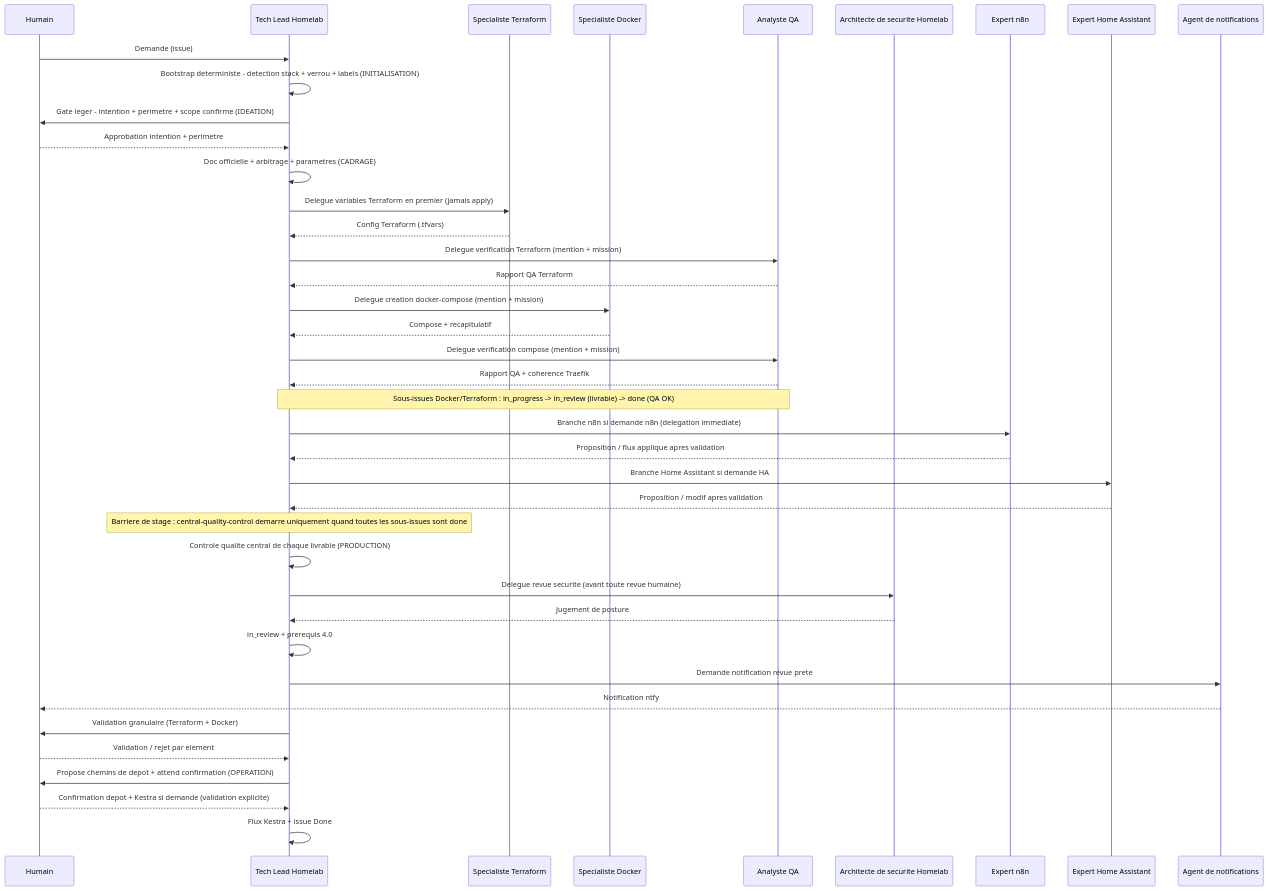
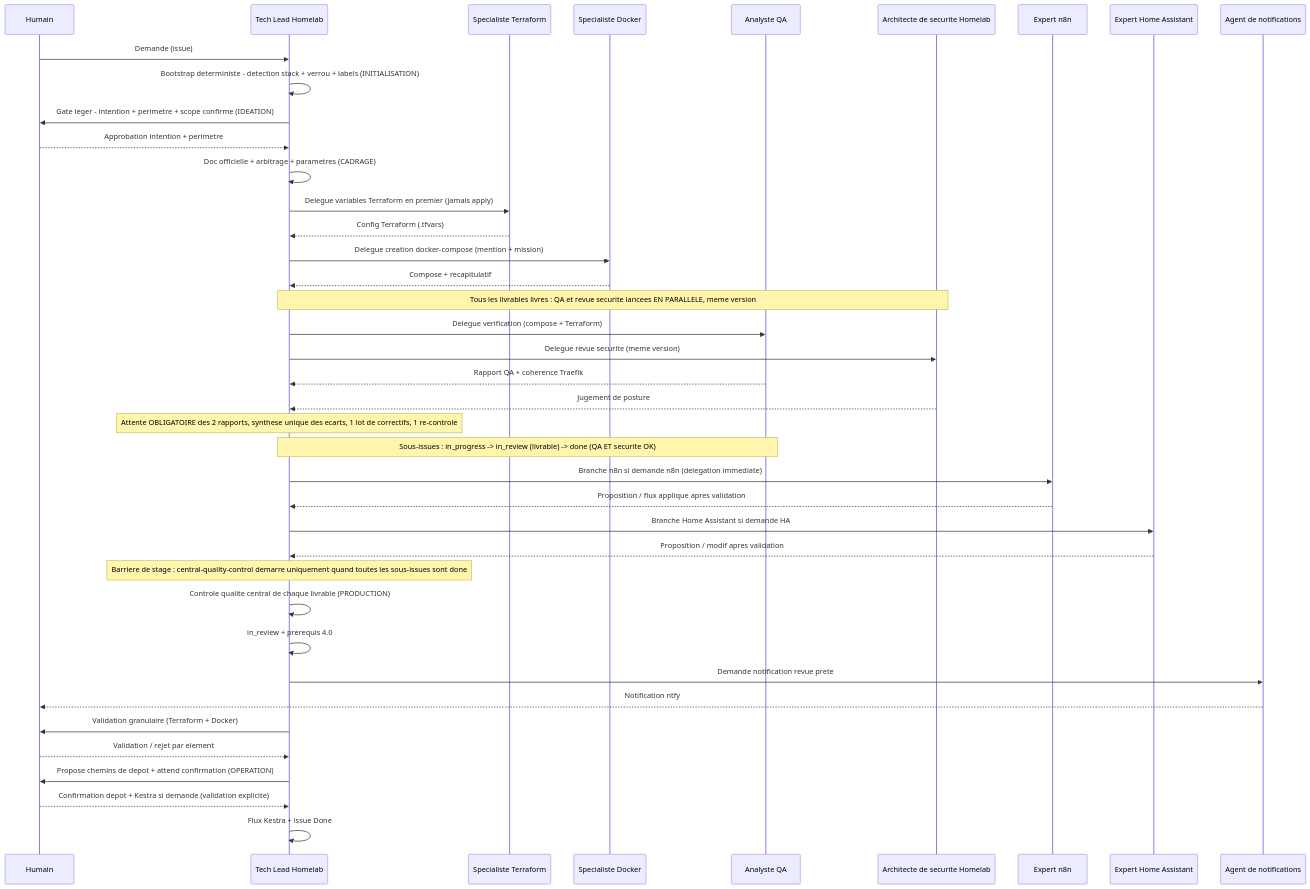
The second of 2 diagrams in homelab/common/conductor.md (Gsyltc/homelab-portfolio), drawn with Mermaid before and after one commit. The commit also changed other lines of this file and 9 other files, not shown here.

````diff
--- a/homelab/common/conductor.md
+++ b/homelab/common/conductor.md
@@ -209,43 +209,43 @@
 ```mermaid
 sequenceDiagram
     participant H as Humain
     participant S as Tech Lead Homelab
     participant An as Specialiste Terraform
     participant B as Specialiste Docker
     participant K as Analyste QA
     participant SA as Architecte de securite Homelab
     participant M as Expert n8n
     participant Hu as Expert Home Assistant
     participant AL as Agent de notifications
 
     H->>S: Demande (issue)
     S->>S: Bootstrap deterministe - detection stack + verrou + labels (INITIALISATION)
     S->>H: Gate leger - intention + perimetre + scope confirme (IDEATION)
     H-->>S: Approbation intention + perimetre
     S->>S: Doc officielle + arbitrage + parametres (CADRAGE)
     S->>An: Delegue variables Terraform en premier (jamais apply)
     An-->>S: Config Terraform (.tfvars)
-    S->>K: Delegue verification Terraform (mention + mission)
-    K-->>S: Rapport QA Terraform
     S->>B: Delegue creation docker-compose (mention + mission)
     B-->>S: Compose + recapitulatif
-    S->>K: Delegue verification compose (mention + mission)
+    Note over S,SA: Tous les livrables livres : QA et revue securite lancees EN PARALLELE, meme version
+    S->>K: Delegue verification (compose + Terraform)
+    S->>SA: Delegue revue securite (meme version)
     K-->>S: Rapport QA + coherence Traefik
-    Note over S,K: Sous-issues Docker/Terraform : in_progress -> in_review (livrable) -> done (QA OK)
+    SA-->>S: Jugement de posture
+    Note over S: Attente OBLIGATOIRE des 2 rapports, synthese unique des ecarts, 1 lot de correctifs, 1 re-controle
+    Note over S,K: Sous-issues : in_progress -> in_review (livrable) -> done (QA ET securite OK)
     S->>M: Branche n8n si demande n8n (delegation immediate)
     M-->>S: Proposition / flux applique apres validation
     S->>Hu: Branche Home Assistant si demande HA
     Hu-->>S: Proposition / modif apres validation
     Note over S: Barriere de stage : central-quality-control demarre uniquement quand toutes les sous-issues sont done
     S->>S: Controle qualite central de chaque livrable (PRODUCTION)
-    S->>SA: Delegue revue securite (avant toute revue humaine)
-    SA-->>S: Jugement de posture
     S->>S: in_review + prerequis 4.0
     S->>AL: Demande notification revue prete
     AL-->>H: Notification ntfy
     S->>H: Validation granulaire (Terraform + Docker)
     H-->>S: Validation / rejet par element
     S->>H: Propose chemins de depot + attend confirmation (OPERATION)
     H-->>S: Confirmation depot + Kestra si demande (validation explicite)
     S->>S: Flux Kestra + issue Done
 ```
````
